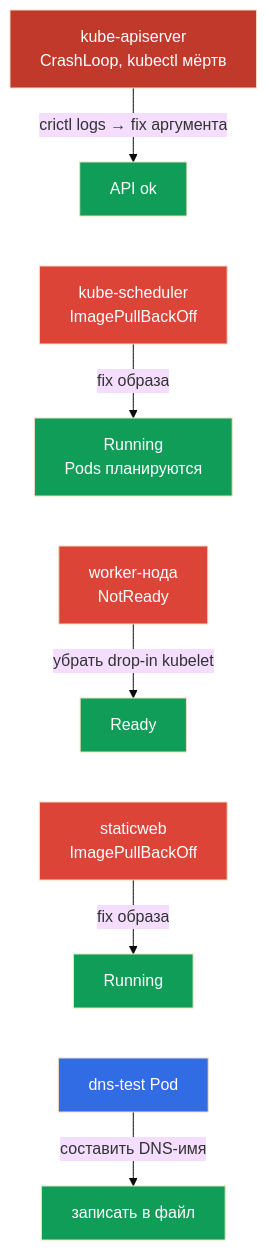
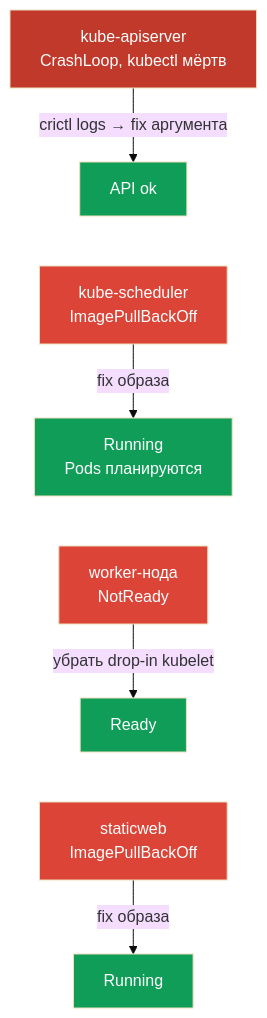
Before and after one commit to ViktorUJ/cks: the diagram in tasks/cka/labs/117/README_RU.MD, drawn with Mermaid (base theme). The commit also changed other lines of this file and 8 other files, not shown here.

````diff
--- a/tasks/cka/labs/117/README_RU.MD
+++ b/tasks/cka/labs/117/README_RU.MD
@@ -42,22 +41,18 @@
 ```mermaid
 flowchart TB
     api["kube-apiserver<br>CrashLoop, kubectl мёртв"] -->|"crictl logs → fix аргумента"| api2["API ok"]
     a["kube-scheduler<br>ImagePullBackOff"] -->|"fix образа"| a2["Running<br>Pods планируются"]
     b["worker-нода<br>NotReady"] -->|"убрать drop-in kubelet"| b2["Ready"]
     c["staticweb<br>ImagePullBackOff"] -->|"fix образа"| c2["Running"]
-    d["dns-test Pod"] -->|"составить DNS-имя"| d2["записать в файл"]
     api2 ~~~ a
     a2 ~~~ b
     b2 ~~~ c
-    c2 ~~~ d
     style api fill:#c0392b,color:#fff
     style a fill:#db4437,color:#fff
     style b fill:#db4437,color:#fff
     style c fill:#db4437,color:#fff
-    style d fill:#326ce5,color:#fff
     style api2 fill:#0f9d58,color:#fff
     style a2 fill:#0f9d58,color:#fff
     style b2 fill:#0f9d58,color:#fff
     style c2 fill:#0f9d58,color:#fff
-    style d2 fill:#0f9d58,color:#fff
 ```
````
